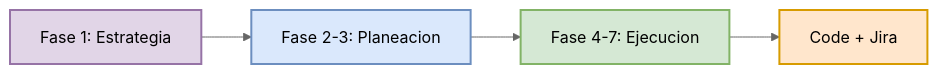
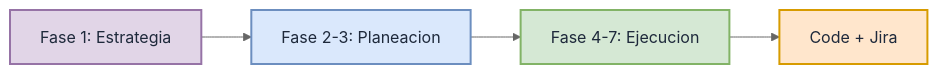
The first of 12 diagrams in Information/spec-driven-workflow.md (syntaxiscorp/syntaxis-ai-specs), drawn with Mermaid (neutral theme) before and after one commit. The commit also changed other lines of this file, not shown here.

````diff
--- a/Information/spec-driven-workflow.md
+++ b/Information/spec-driven-workflow.md
@@ -10,14 +10,14 @@
 ```mermaid
 flowchart LR
-    classDef strategic fill:#e1d5e7,stroke:#9673a6,stroke-width:2px
-    classDef planning fill:#dae8fc,stroke:#6c8ebf,stroke-width:2px
-    classDef execution fill:#d5e8d4,stroke:#82b366,stroke-width:2px
-    classDef output fill:#ffe6cc,stroke:#d79b00,stroke-width:2px
+    classDef strategic fill:#e1d5e7,stroke:#9673a6,stroke-width:2px,color:#1e293b
+    classDef planning fill:#dae8fc,stroke:#6c8ebf,stroke-width:2px,color:#1e293b
+    classDef execution fill:#d5e8d4,stroke:#82b366,stroke-width:2px,color:#1e293b
+    classDef output fill:#ffe6cc,stroke:#d79b00,stroke-width:2px,color:#1e293b
 
     P1["Fase 1: Estrategia"]:::strategic
     P2["Fase 2-3: Planeacion"]:::planning
     P3["Fase 4-7: Ejecucion"]:::execution
     OUT["Code + Jira"]:::output
 
     P1 --> P2 --> P3 --> OUT
 ```
````
